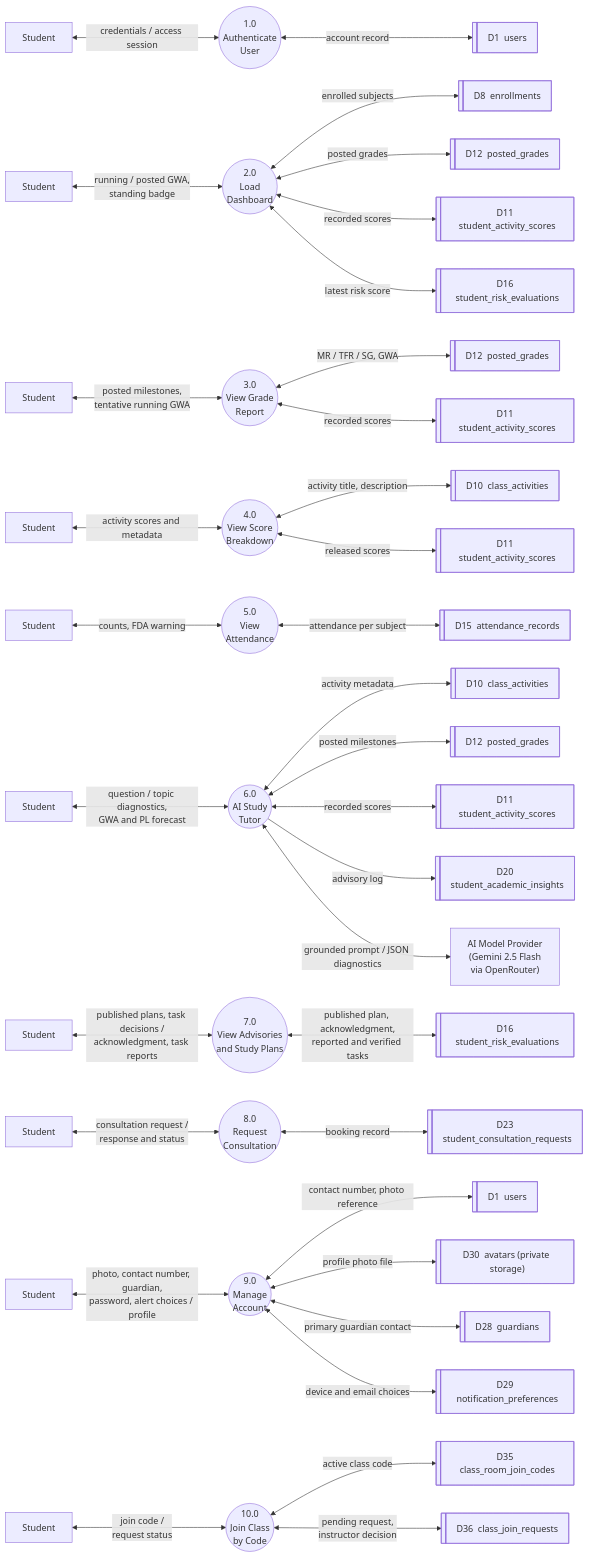
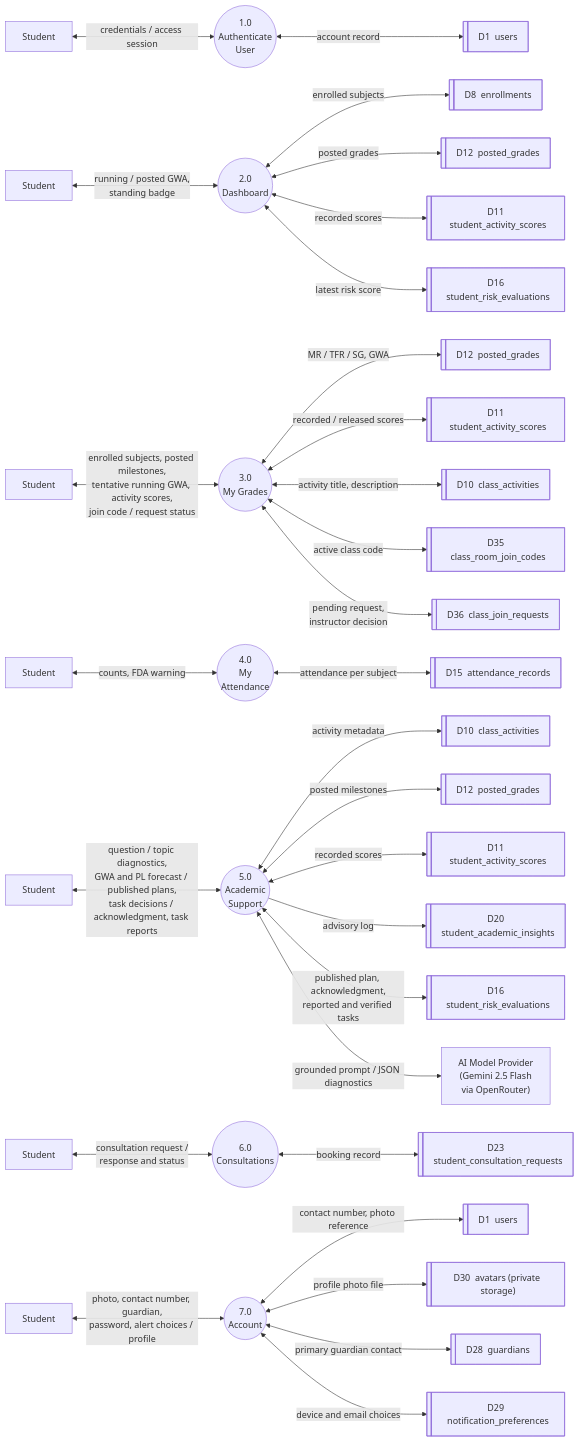
Before and after one commit to kurarensu16/sage: the diagram in docs/02-thesis/figures/Figure-2.8-DFD-Student.mmd, drawn with Mermaid. The commit also changed 85 other files, not shown here.

First line of the commit message:
feat: security hardening, consultation scheduling, COG snapshots, and OTP password reset

```diff
--- a/docs/02-thesis/figures/Figure-2.8-DFD-Student.mmd
+++ b/docs/02-thesis/figures/Figure-2.8-DFD-Student.mmd
@@ -1,59 +1,49 @@
 flowchart LR
-%% ===== Figure 2.8 — Level 1 DFD: Student Portal (updated 2026-10-10) =====
-%% 6.0 renamed AI Study Tutor; 7.0 adds acknowledgment and task decisions; adds 9.0 Manage Account.
-%% Revised 2026-10-10 (evening): adds 10.0 Join Class by Code (pending request until instructor approval).
-%% Revised 2026-10-11: 2.0 and 3.0 also read recorded scores for the tentative running GWA
-%% (posted milestones replace live terms); see docs/02-thesis/decisions/STUDENT_RUNNING_GWA_2026-10-11.md.
+%% ===== Figure 2.8 — Level 1 DFD: Student Portal (consolidated to module-level processes, 2026-10-14) =====
+%% Each process now corresponds 1:1 with a module in Figure 2.12 (VTOC) and the Scope and Delimitation.
+%% Former sub-page-level processes (Grade Report / Score Breakdown / Join Class by Code under My Grades;
+%% AI Study Tutor / Advisories & Study Plans under Academic Support) are merged into one bubble per module.
 %% Layout: External entity (left) -> Process (middle) -> Data stores (right)
 
   %% ---------- 1.0 ----------
   S1["Student"] <-- "credentials / access session" --> P1(("1.0<br/>Authenticate<br/>User"))
   P1 <-- "account record" --> D1@{ shape: lin-rect, label: "D1&nbsp; users" }
 
   %% ---------- 2.0 ----------
-  S2["Student"] <-- "running / posted GWA,<br/>standing badge" --> P2(("2.0<br/>Load<br/>Dashboard"))
-  P2 <-- "enrolled subjects" --> D8@{ shape: lin-rect, label: "D8&nbsp; enrollments" }
+  S2["Student"] <-- "running / posted GWA,<br/>standing badge" --> P2(("2.0<br/>Dashboard"))
+  P2 <-- "enrolled subjects" --> D8b@{ shape: lin-rect, label: "D8&nbsp; enrollments" }
   P2 <-- "posted grades" --> D12b@{ shape: lin-rect, label: "D12&nbsp; posted_grades" }
   P2 <-- "recorded scores" --> D11b@{ shape: lin-rect, label: "D11&nbsp; student_activity_scores" }
   P2 <-- "latest risk score" --> D16b@{ shape: lin-rect, label: "D16&nbsp; student_risk_evaluations" }
 
   %% ---------- 3.0 ----------
-  S3["Student"] <-- "posted milestones,<br/>tentative running GWA" --> P3(("3.0<br/>View Grade<br/>Report"))
+  S3["Student"] <-- "enrolled subjects, posted milestones,<br/>tentative running GWA, activity scores,<br/>join code / request status" --> P3(("3.0<br/>My Grades"))
   P3 <-- "MR / TFR / SG, GWA" --> D12c@{ shape: lin-rect, label: "D12&nbsp; posted_grades" }
-  P3 <-- "recorded scores" --> D11c@{ shape: lin-rect, label: "D11&nbsp; student_activity_scores" }
+  P3 <-- "recorded / released scores" --> D11c@{ shape: lin-rect, label: "D11&nbsp; student_activity_scores" }
+  P3 <-- "activity title, description" --> D10c@{ shape: lin-rect, label: "D10&nbsp; class_activities" }
+  P3 <-- "active class code" --> D35c@{ shape: lin-rect, label: "D35&nbsp; class_room_join_codes" }
+  P3 <-- "pending request,<br/>instructor decision" --> D36c@{ shape: lin-rect, label: "D36&nbsp; class_join_requests" }
 
   %% ---------- 4.0 ----------
-  S4["Student"] <-- "activity scores and metadata" --> P4(("4.0<br/>View Score<br/>Breakdown"))
-  P4 <-- "activity title, description" --> D10d@{ shape: lin-rect, label: "D10&nbsp; class_activities" }
-  P4 <-- "released scores" --> D11d@{ shape: lin-rect, label: "D11&nbsp; student_activity_scores" }
+  S4["Student"] <-- "counts, FDA warning" --> P4(("4.0<br/>My<br/>Attendance"))
+  P4 <-- "attendance per subject" --> D15d@{ shape: lin-rect, label: "D15&nbsp; attendance_records" }
 
   %% ---------- 5.0 ----------
-  S5["Student"] <-- "counts, FDA warning" --> P5(("5.0<br/>View<br/>Attendance"))
-  P5 <-- "attendance per subject" --> D15e@{ shape: lin-rect, label: "D15&nbsp; attendance_records" }
+  S5["Student"] <-- "question / topic diagnostics,<br/>GWA and PL forecast / published plans,<br/>task decisions / acknowledgment, task reports" --> P5(("5.0<br/>Academic<br/>Support"))
+  P5 <-- "activity metadata" --> D10e@{ shape: lin-rect, label: "D10&nbsp; class_activities" }
+  P5 <-- "posted milestones" --> D12e@{ shape: lin-rect, label: "D12&nbsp; posted_grades" }
+  P5 <-- "recorded scores" --> D11e@{ shape: lin-rect, label: "D11&nbsp; student_activity_scores" }
+  P5 -- "advisory log" --> D20e@{ shape: lin-rect, label: "D20&nbsp; student_academic_insights" }
+  P5 <-- "published plan, acknowledgment,<br/>reported and verified tasks" --> D16e@{ shape: lin-rect, label: "D16&nbsp; student_risk_evaluations" }
+  P5 <-- "grounded prompt / JSON diagnostics" --> AIP["AI Model Provider<br/>(Gemini 2.5 Flash<br/>via OpenRouter)"]
 
   %% ---------- 6.0 ----------
-  S6["Student"] <-- "question / topic diagnostics,<br/>GWA and PL forecast" --> P6(("6.0<br/>AI Study<br/>Tutor"))
-  P6 <-- "activity metadata" --> D10f@{ shape: lin-rect, label: "D10&nbsp; class_activities" }
-  P6 <-- "posted milestones" --> D12f@{ shape: lin-rect, label: "D12&nbsp; posted_grades" }
-  P6 <-- "recorded scores" --> D11f@{ shape: lin-rect, label: "D11&nbsp; student_activity_scores" }
-  P6 -- "advisory log" --> D20f@{ shape: lin-rect, label: "D20&nbsp; student_academic_insights" }
-  P6 <-- "grounded prompt / JSON diagnostics" --> AIP["AI Model Provider<br/>(Gemini 2.5 Flash<br/>via OpenRouter)"]
+  S6["Student"] <-- "consultation request /<br/>response and status" --> P6(("6.0<br/>Consultations"))
+  P6 <-- "booking record" --> D23f@{ shape: lin-rect, label: "D23&nbsp; student_consultation_requests" }
 
   %% ---------- 7.0 ----------
-  S7["Student"] <-- "published plans, task decisions /<br/>acknowledgment, task reports" --> P7(("7.0<br/>View Advisories<br/>and Study Plans"))
-  P7 <-- "published plan, acknowledgment,<br/>reported and verified tasks" --> D16g@{ shape: lin-rect, label: "D16&nbsp; student_risk_evaluations" }
-
-  %% ---------- 8.0 ----------
-  S8["Student"] <-- "consultation request /<br/>response and status" --> P8(("8.0<br/>Request<br/>Consultation"))
-  P8 <-- "booking record" --> D23h@{ shape: lin-rect, label: "D23&nbsp; student_consultation_requests" }
-
-  %% ---------- 9.0 ----------
-  S9["Student"] <-- "photo, contact number, guardian,<br/>password, alert choices / profile" --> P9(("9.0<br/>Manage<br/>Account"))
-  P9 <-- "contact number, photo reference" --> D1i@{ shape: lin-rect, label: "D1&nbsp; users" }
-  P9 <-- "profile photo file" --> D30i@{ shape: lin-rect, label: "D30&nbsp; avatars (private storage)" }
-  P9 <-- "primary guardian contact" --> D28i@{ shape: lin-rect, label: "D28&nbsp; guardians" }
-  P9 <-- "device and email choices" --> D29i@{ shape: lin-rect, label: "D29&nbsp; notification_preferences" }
-  %% ---------- 10.0 ----------
-  S10["Student"] <-- "join code /<br/>request status" --> P10(("10.0<br/>Join Class<br/>by Code"))
-  P10 <-- "active class code" --> D35j@{ shape: lin-rect, label: "D35&nbsp; class_room_join_codes" }
-  P10 <-- "pending request,<br/>instructor decision" --> D36j@{ shape: lin-rect, label: "D36&nbsp; class_join_requests" }
+  S7["Student"] <-- "photo, contact number, guardian,<br/>password, alert choices / profile" --> P7(("7.0<br/>Account"))
+  P7 <-- "contact number, photo reference" --> D1g@{ shape: lin-rect, label: "D1&nbsp; users" }
+  P7 <-- "profile photo file" --> D30g@{ shape: lin-rect, label: "D30&nbsp; avatars (private storage)" }
+  P7 <-- "primary guardian contact" --> D28g@{ shape: lin-rect, label: "D28&nbsp; guardians" }
+  P7 <-- "device and email choices" --> D29g@{ shape: lin-rect, label: "D29&nbsp; notification_preferences" }
```
